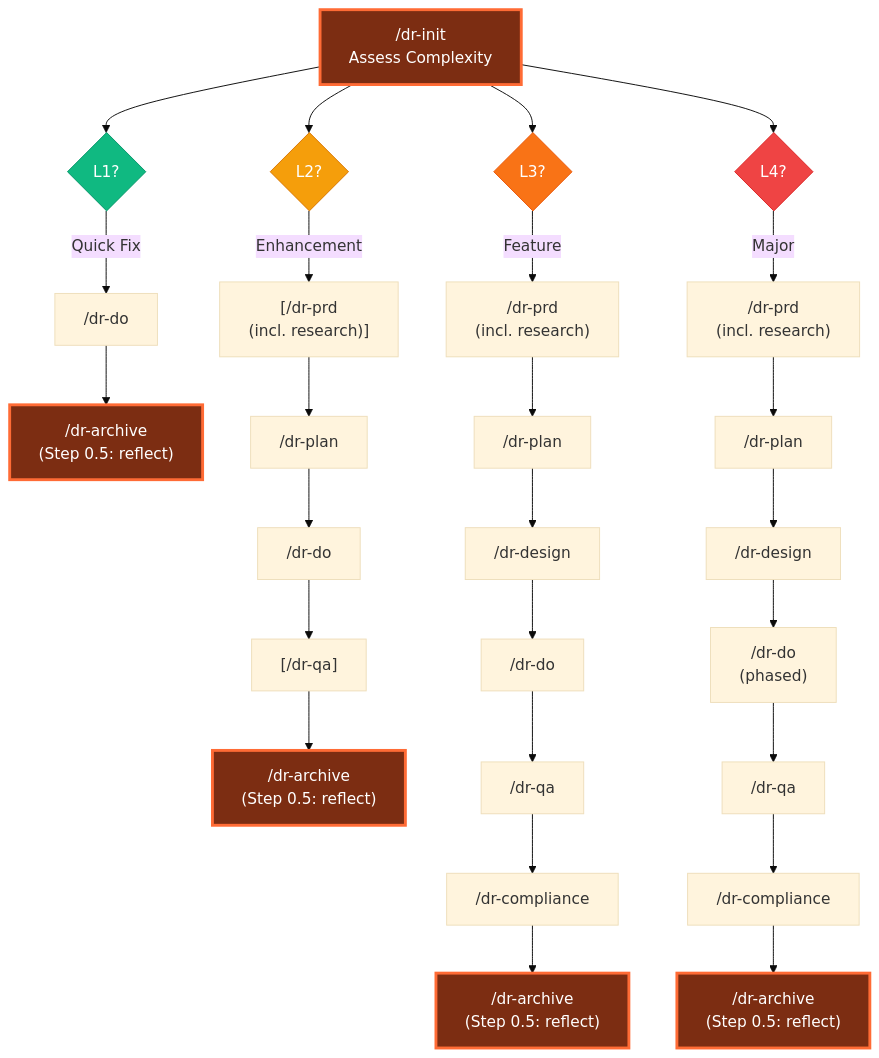
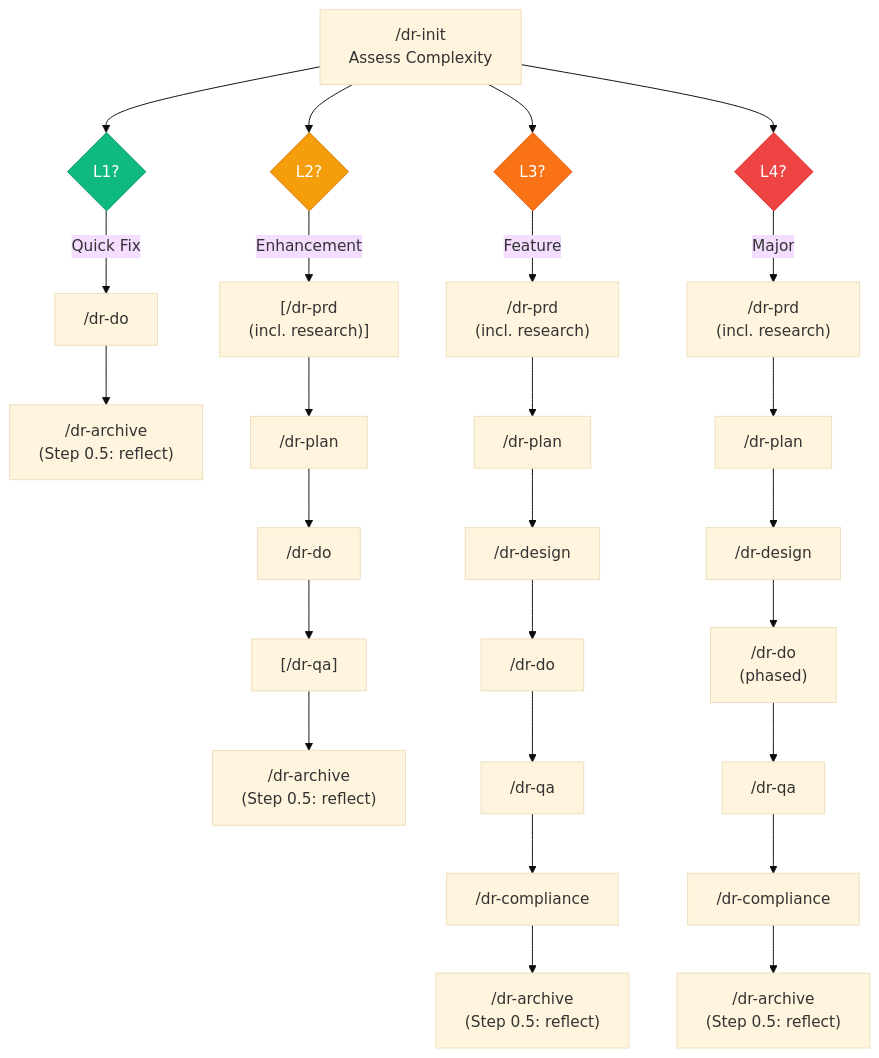
One commit to Arcanada-one/datarim changed the first of 4 diagrams in skills/visual-maps/pipeline-routing.md. Above: the diagram before and after it, drawn with Mermaid (base theme). The commit also changed other lines of this file and 15 other files, not shown here.

First line of the commit message:
TUNE-0223: restore agent autonomy on /dr-init + /dr-archive (symmetric TUNE-0184 revert) (#36)

````diff
--- a/skills/visual-maps/pipeline-routing.md
+++ b/skills/visual-maps/pipeline-routing.md
@@ -3,40 +3,37 @@
 ```mermaid
 graph TD
     Init["/dr-init<br>Assess Complexity"] --> L1{"L1?"}
     Init --> L2{"L2?"}
     Init --> L3{"L3?"}
     Init --> L4{"L4?"}
 
     L1 -->|"Quick Fix"| Do1["/dr-do"]
     Do1 --> Archive1["/dr-archive<br>(Step 0.5: reflect)"]
 
     L2 -->|"Enhancement"| PRD2["[/dr-prd<br>(incl. research)]"]
     PRD2 --> Plan2["/dr-plan"]
     Plan2 --> Do2["/dr-do"]
     Do2 --> QA2["[/dr-qa]"]
     QA2 --> Archive2["/dr-archive<br>(Step 0.5: reflect)"]
 
     L3 -->|"Feature"| PRD3["/dr-prd<br>(incl. research)"]
     PRD3 --> Plan3["/dr-plan"]
     Plan3 --> Design3["/dr-design"]
     Design3 --> Do3["/dr-do"]
     Do3 --> QA3["/dr-qa"]
     QA3 --> Compliance3["/dr-compliance"]
     Compliance3 --> Archive3["/dr-archive<br>(Step 0.5: reflect)"]
 
     L4 -->|"Major"| PRD4["/dr-prd<br>(incl. research)"]
     PRD4 --> Plan4["/dr-plan"]
     Plan4 --> Design4["/dr-design"]
     Design4 --> Do4["/dr-do<br>(phased)"]
     Do4 --> QA4["/dr-qa"]
     QA4 --> Comp4["/dr-compliance"]
     Comp4 --> Archive4["/dr-archive<br>(Step 0.5: reflect)"]
 
-    classDef operatorOnly fill:#7c2d12,stroke:#ff6b35,stroke-width:3px,color:white
-    class Init,Archive1,Archive2,Archive3,Archive4 operatorOnly
-
     style L1 fill:#10b981,stroke:#059669,color:white
     style L2 fill:#f59e0b,stroke:#d97706,color:white
     style L3 fill:#f97316,stroke:#ea580c,color:white
     style L4 fill:#ef4444,stroke:#dc2626,color:white
 ```
````
